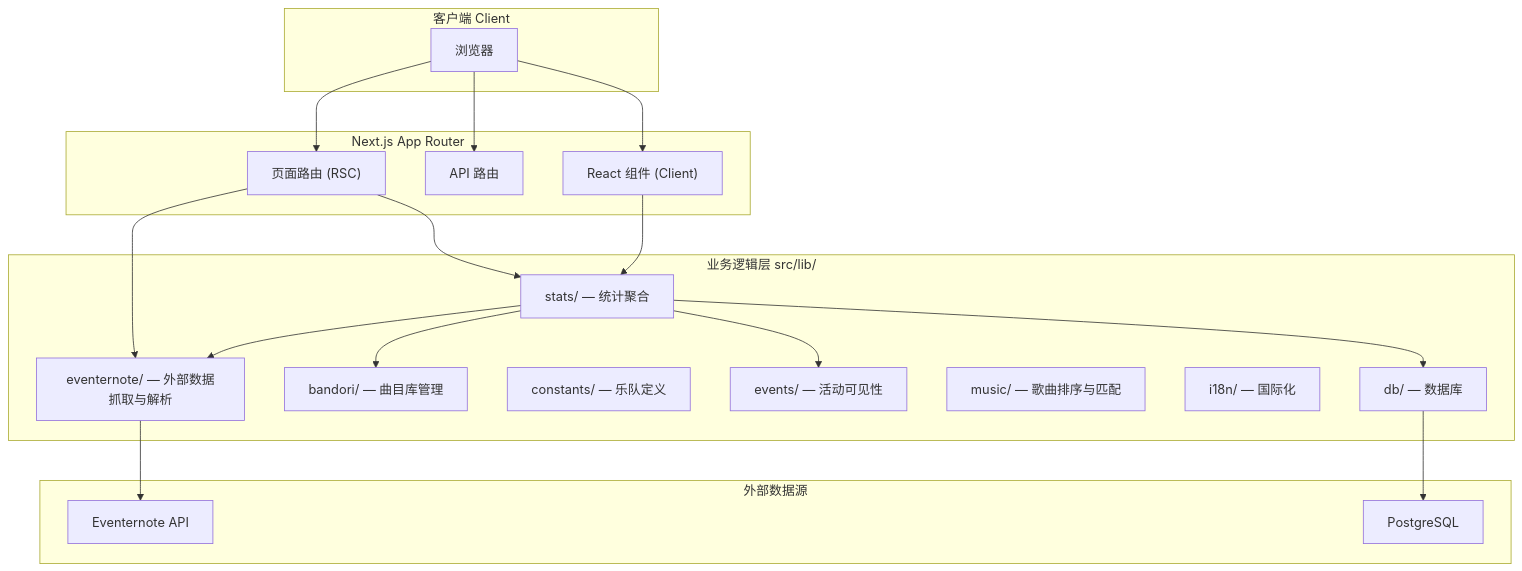
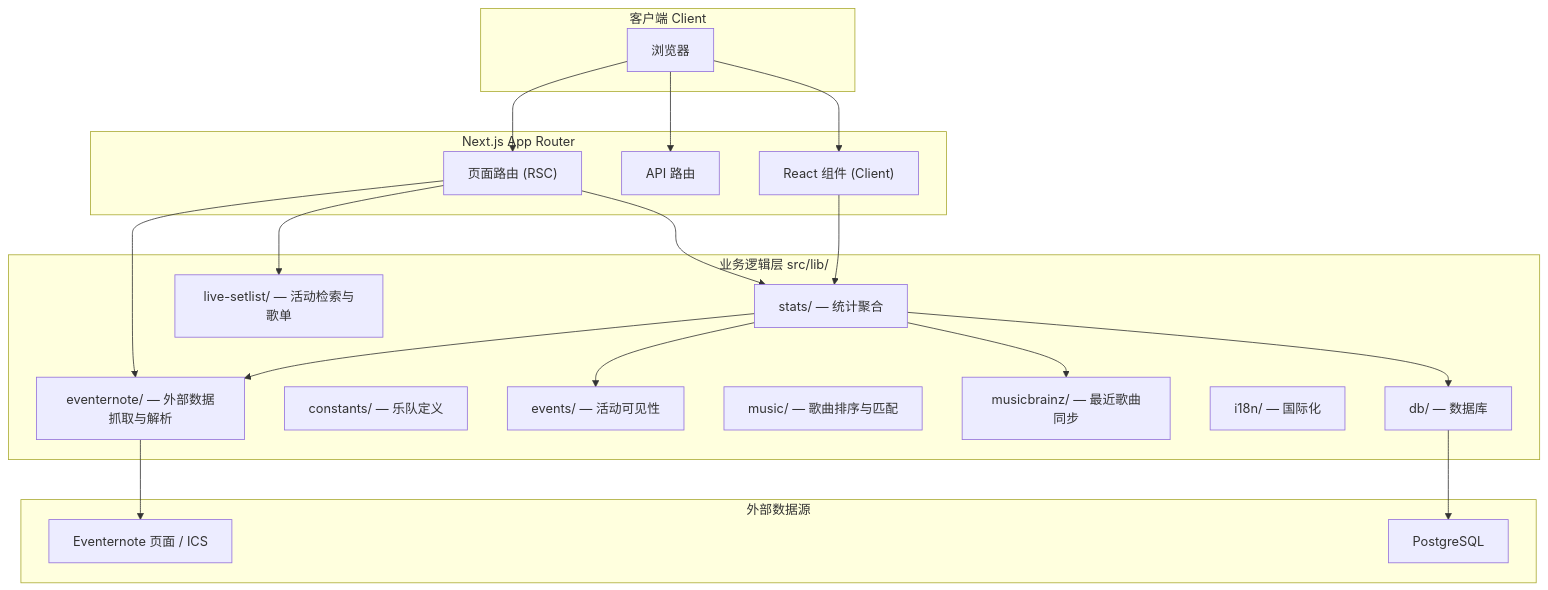
One commit to calcxx/bandori-live-songs changed the first of 5 diagrams in ARCHITECTURE.md. Above: the diagram before and after it, drawn with Mermaid. The commit also changed other lines of this file and 27 other files, not shown here.

First line of the commit message:
feat: sync Eventernote, MusicBrainz, and setlist export updates

````diff
--- a/ARCHITECTURE.md
+++ b/ARCHITECTURE.md
@@ -50,41 +52,43 @@
 ```mermaid
 graph TB
     subgraph "客户端 Client"
         Browser["浏览器"]
     end
 
     subgraph "Next.js App Router"
         Pages["页面路由 (RSC)"]
         APIRoutes["API 路由"]
         Components["React 组件 (Client)"]
     end
 
     subgraph "业务逻辑层 src/lib/"
         Stats["stats/ — 统计聚合"]
         Eventernote["eventernote/ — 外部数据抓取与解析"]
-        Bandori["bandori/ — 曲目库管理"]
+        LiveSetlist["live-setlist/ — 活动检索与歌单"]
         Constants["constants/ — 乐队定义"]
         Events["events/ — 活动可见性"]
         Music["music/ — 歌曲排序与匹配"]
+        MusicBrainz["musicbrainz/ — 最近歌曲同步"]
         I18n["i18n/ — 国际化"]
         DB["db/ — 数据库"]
     end
 
     subgraph "外部数据源"
-        EN["Eventernote API"]
-        DB_Supabase["PostgreSQL"]
+        EN["Eventernote 页面 / ICS"]
+        DB_Postgres["PostgreSQL"]
     end
 
     Browser --> Pages
     Browser --> Components
     Browser --> APIRoutes
     Pages --> Stats
     Pages --> Eventernote
     Components --> Stats
     Stats --> DB
     Stats --> Eventernote
-    Stats --> Bandori
     Stats --> Events
     Eventernote --> EN
-    DB --> DB_Supabase
+    DB --> DB_Postgres
+    Pages --> LiveSetlist
+    Stats --> MusicBrainz
 ```
````
